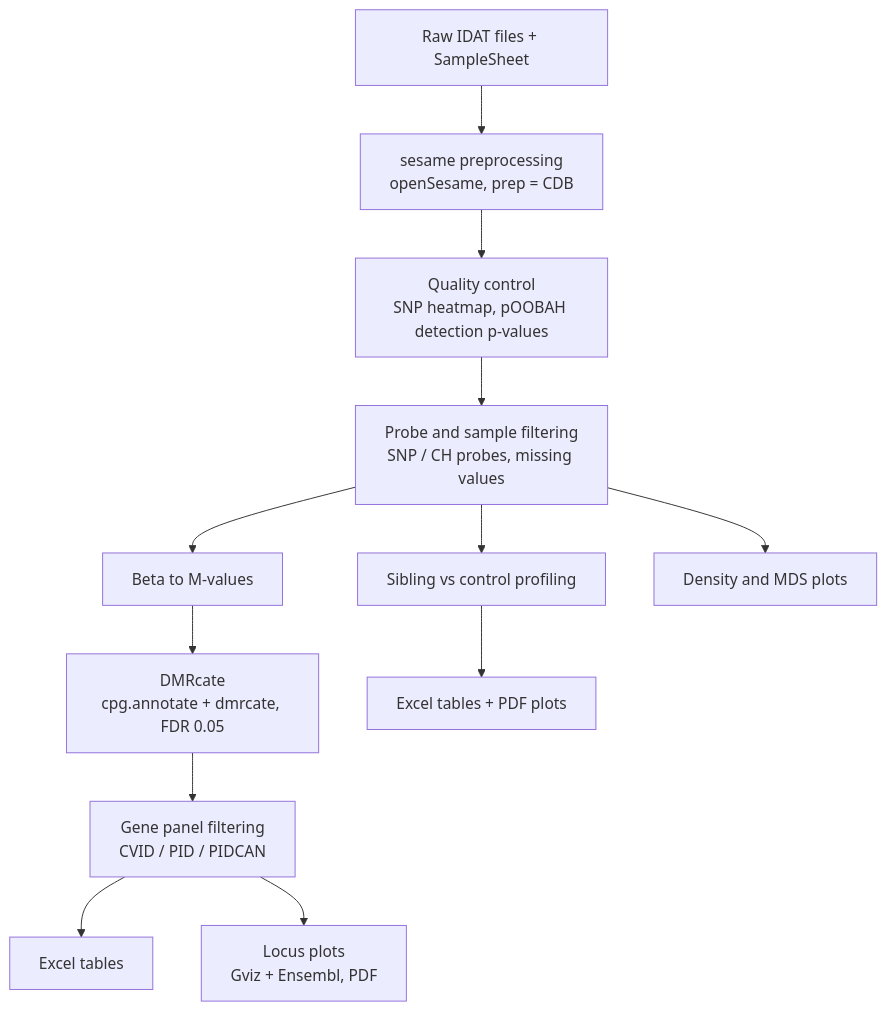
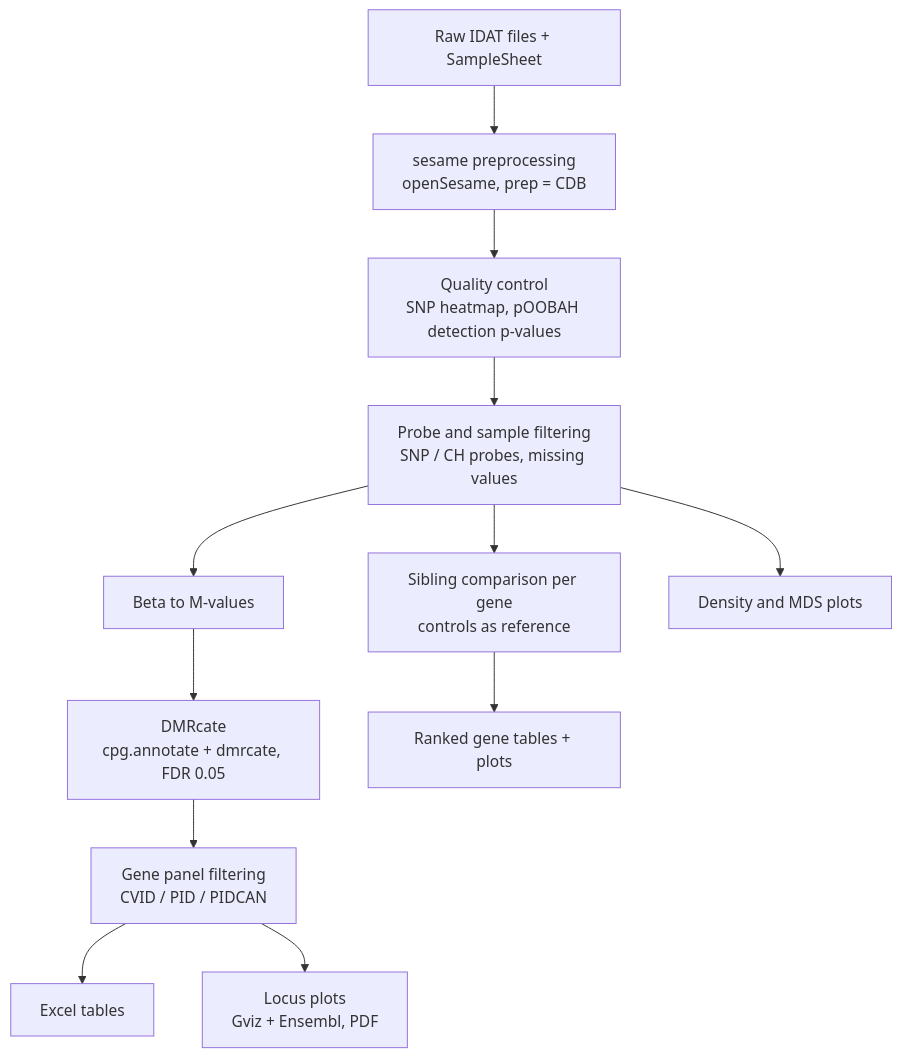
Before and after one commit to handecadir/methylation_analysis_cvid: the diagram in README.md, drawn with Mermaid. The commit also changed other lines of this file and 1 other file, not shown here.

Commit message:
Update README and sibling analysis

````diff
--- a/README.md
+++ b/README.md
@@ -41,14 +42,14 @@
 ```mermaid
 flowchart TD
     A[Raw IDAT files + SampleSheet] --> B[sesame preprocessing<br/>openSesame, prep = CDB]
     B --> C[Quality control<br/>SNP heatmap, pOOBAH detection p-values]
     C --> D[Probe and sample filtering<br/>SNP / CH probes, missing values]
     D --> E[Beta to M-values]
     E --> F[DMRcate<br/>cpg.annotate + dmrcate, FDR 0.05]
     F --> G[Gene panel filtering<br/>CVID / PID / PIDCAN]
     G --> H[Excel tables]
     G --> I[Locus plots<br/>Gviz + Ensembl, PDF]
-    D --> J[Sibling vs control profiling]
-    J --> K[Excel tables + PDF plots]
+    D --> J[Sibling comparison per gene<br/>controls as reference]
+    J --> K[Ranked gene tables + plots]
     D --> L[Density and MDS plots]
 ```
````
